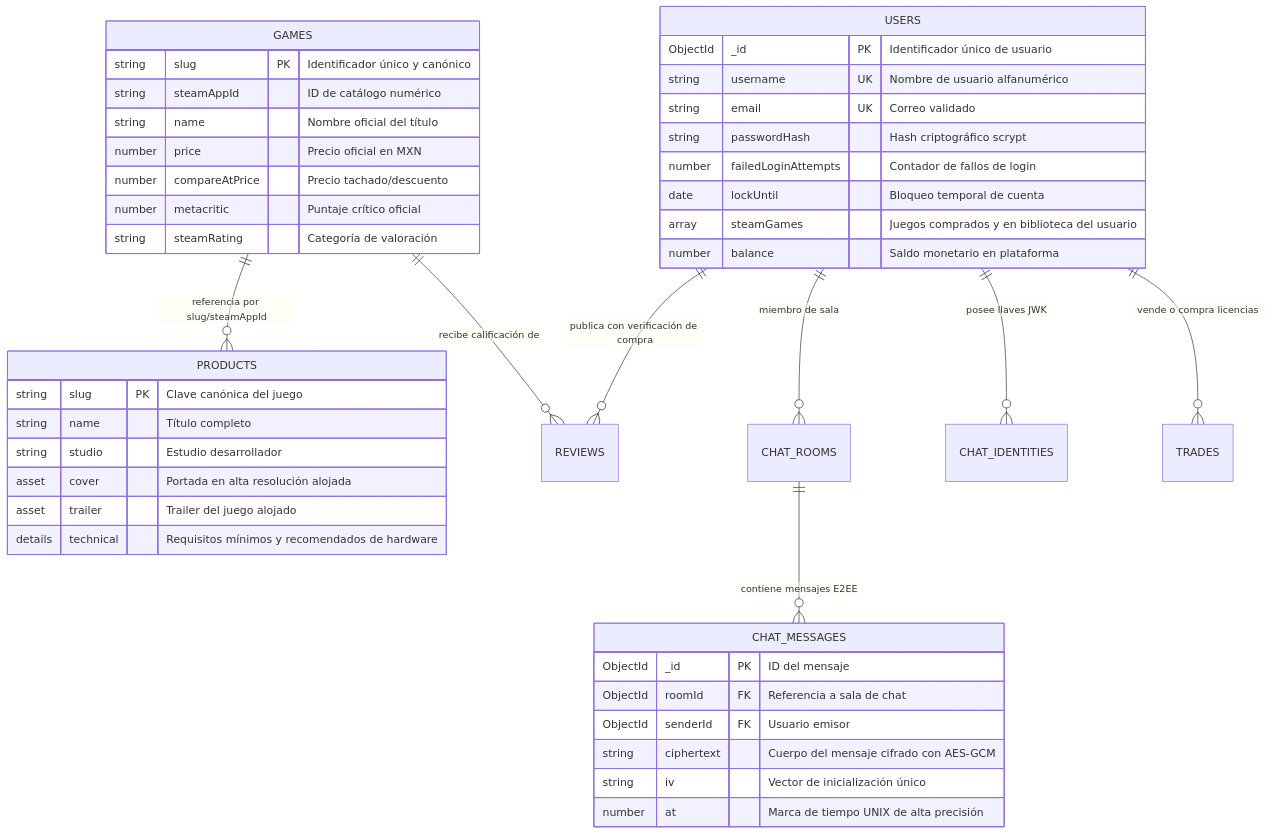
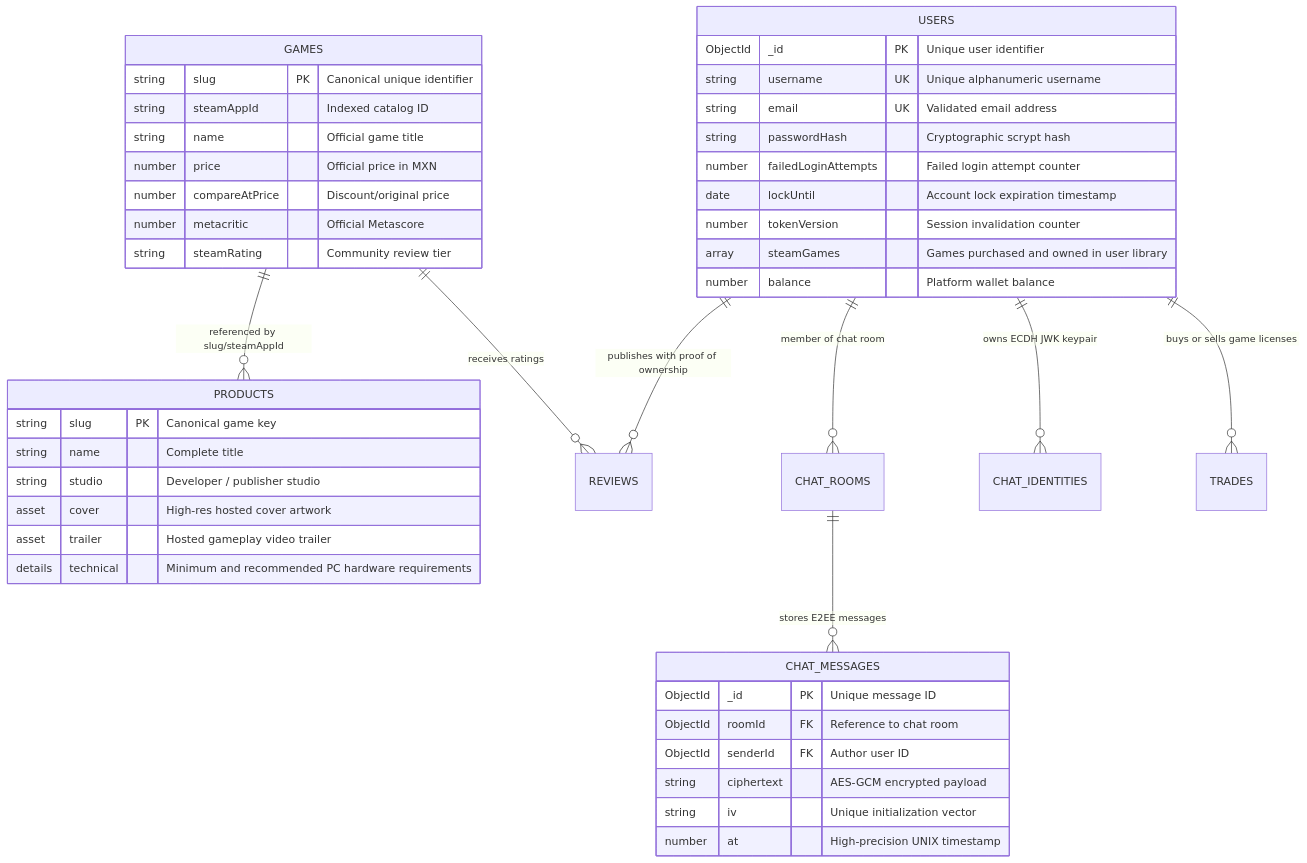
The second of 4 diagrams in readme.md (DiegoBanuelosS/GameNow), drawn with Mermaid before and after one commit. The commit also changed other lines of this file, not shown here.

````diff
--- a/readme.md
+++ b/readme.md
@@ -145,49 +160,50 @@
 ```mermaid
 erDiagram
-    GAMES ||--o{ PRODUCTS : "referencia por slug/steamAppId"
-    USERS ||--o{ REVIEWS : "publica con verificación de compra"
-    GAMES ||--o{ REVIEWS : "recibe calificación de"
-    USERS ||--o{ CHAT_ROOMS : "miembro de sala"
-    CHAT_ROOMS ||--o{ CHAT_MESSAGES : "contiene mensajes E2EE"
-    USERS ||--o{ CHAT_IDENTITIES : "posee llaves JWK"
-    USERS ||--o{ TRADES : "vende o compra licencias"
+    GAMES ||--o{ PRODUCTS : "referenced by slug/steamAppId"
+    USERS ||--o{ REVIEWS : "publishes with proof of ownership"
+    GAMES ||--o{ REVIEWS : "receives ratings"
+    USERS ||--o{ CHAT_ROOMS : "member of chat room"
+    CHAT_ROOMS ||--o{ CHAT_MESSAGES : "stores E2EE messages"
+    USERS ||--o{ CHAT_IDENTITIES : "owns ECDH JWK keypair"
+    USERS ||--o{ TRADES : "buys or sells game licenses"
 
     GAMES {
-        string slug PK "Identificador único y canónico"
-        string steamAppId "ID de catálogo numérico"
-        string name "Nombre oficial del título"
-        number price "Precio oficial en MXN"
-        number compareAtPrice "Precio tachado/descuento"
-        number metacritic "Puntaje crítico oficial"
-        string steamRating "Categoría de valoración"
+        string slug PK "Canonical unique identifier"
+        string steamAppId "Indexed catalog ID"
+        string name "Official game title"
+        number price "Official price in MXN"
+        number compareAtPrice "Discount/original price"
+        number metacritic "Official Metascore"
+        string steamRating "Community review tier"
     }
 
     PRODUCTS {
-        string slug PK "Clave canónica del juego"
-        string name "Título completo"
-        string studio "Estudio desarrollador"
-        asset cover "Portada en alta resolución alojada"
-        asset trailer "Trailer del juego alojado"
-        details technical "Requisitos mínimos y recomendados de hardware"
+        string slug PK "Canonical game key"
+        string name "Complete title"
+        string studio "Developer / publisher studio"
+        asset cover "High-res hosted cover artwork"
+        asset trailer "Hosted gameplay video trailer"
+        details technical "Minimum and recommended PC hardware requirements"
     }
 
     USERS {
-        ObjectId _id PK "Identificador único de usuario"
-        string username UK "Nombre de usuario alfanumérico"
-        string email UK "Correo validado"
-        string passwordHash "Hash criptográfico scrypt"
-        number failedLoginAttempts "Contador de fallos de login"
-        date lockUntil "Bloqueo temporal de cuenta"
-        array steamGames "Juegos comprados y en biblioteca del usuario"
-        number balance "Saldo monetario en plataforma"
+        ObjectId _id PK "Unique user identifier"
+        string username UK "Unique alphanumeric username"
+        string email UK "Validated email address"
+        string passwordHash "Cryptographic scrypt hash"
+        number failedLoginAttempts "Failed login attempt counter"
+        date lockUntil "Account lock expiration timestamp"
+        number tokenVersion "Session invalidation counter"
+        array steamGames "Games purchased and owned in user library"
+        number balance "Platform wallet balance"
     }
 
     CHAT_MESSAGES {
-        ObjectId _id PK "ID del mensaje"
-        ObjectId roomId FK "Referencia a sala de chat"
-        ObjectId senderId FK "Usuario emisor"
-        string ciphertext "Cuerpo del mensaje cifrado con AES-GCM"
-        string iv "Vector de inicialización único"
-        number at "Marca de tiempo UNIX de alta precisión"
+        ObjectId _id PK "Unique message ID"
+        ObjectId roomId FK "Reference to chat room"
+        ObjectId senderId FK "Author user ID"
+        string ciphertext "AES-GCM encrypted payload"
+        string iv "Unique initialization vector"
+        number at "High-precision UNIX timestamp"
     }
 ```
````
